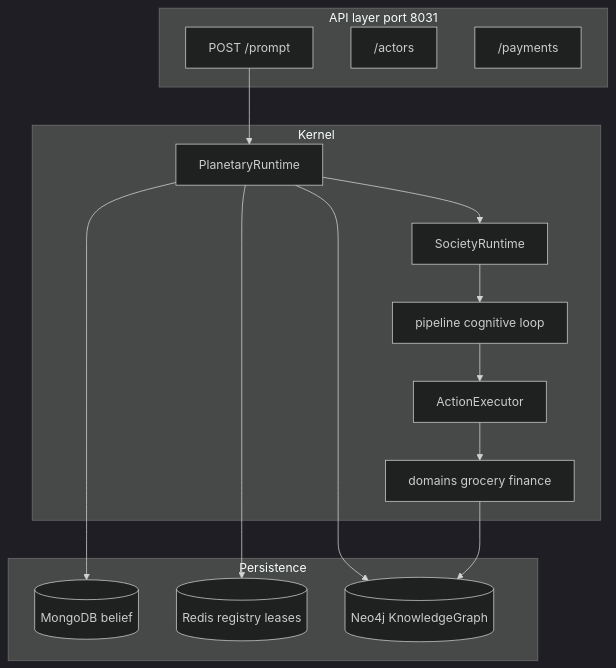
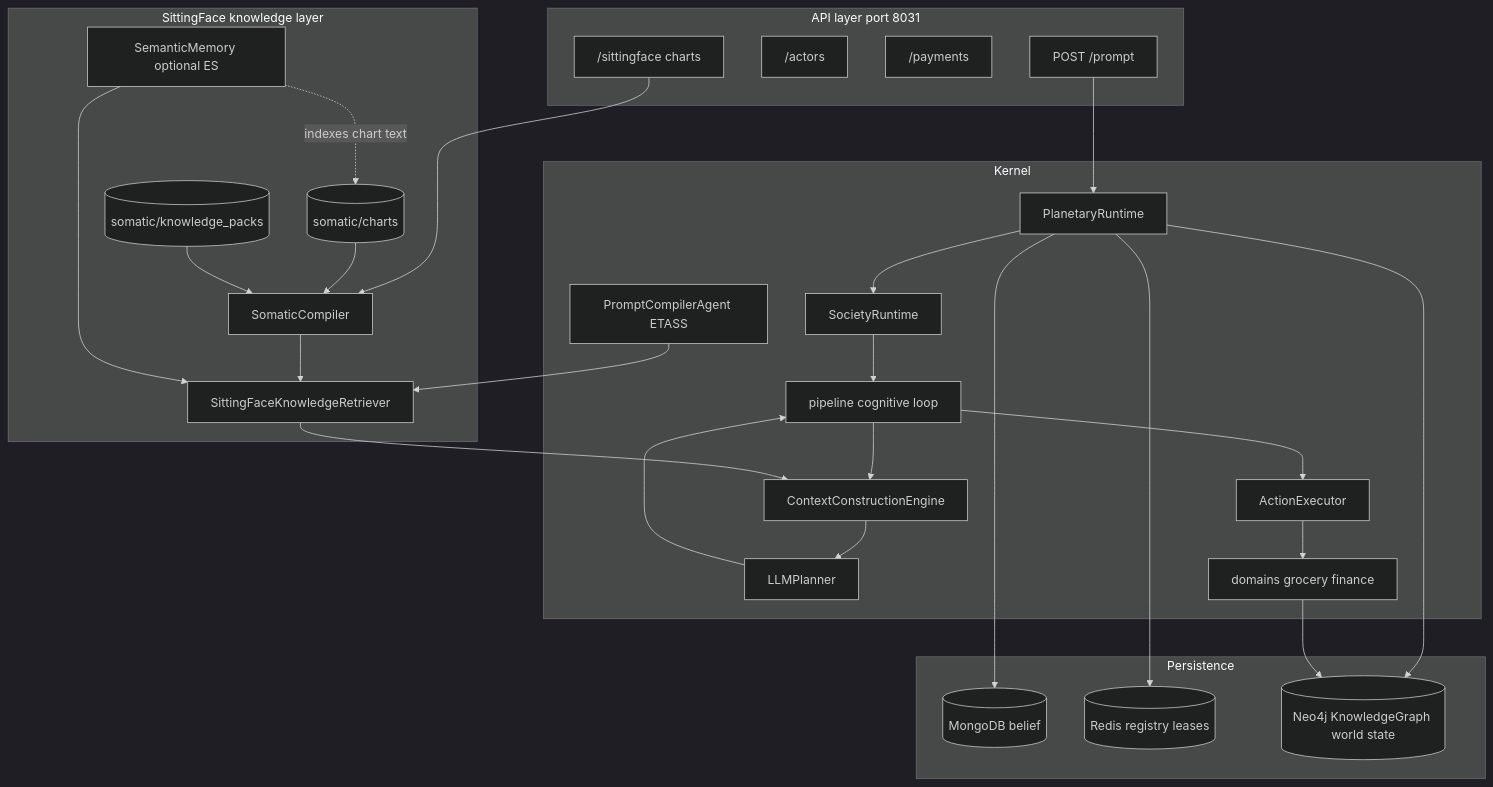
Before and after one commit to monkeypatched-stack/cogitive-os: the second of 25 diagrams in docs/DIAGRAMS.md, drawn with Mermaid (dark theme). The commit also changed other lines of this file, not shown here.

Commit message:
adding diagrams

````diff
--- a/docs/DIAGRAMS.md
+++ b/docs/DIAGRAMS.md
@@ -98,32 +110,55 @@
 ```mermaid
 flowchart TB
     subgraph apiLayer["API layer port 8031"]
         PROMPT["POST /prompt"]
         ACTORS["/actors"]
         PAY["/payments"]
+        SFAPI["/sittingface charts"]
+    end
+
+    subgraph sfLayer["SittingFace knowledge layer"]
+        SC["SomaticCompiler"]
+        RET["SittingFaceKnowledgeRetriever"]
+        CHARTS[("somatic/charts")]
+        KP[("somatic/knowledge_packs")]
+        SM["SemanticMemory optional ES"]
     end
 
     subgraph kernelLayer["Kernel"]
         PR["PlanetaryRuntime"]
         SR["SocietyRuntime"]
+        CCE["ContextConstructionEngine"]
         PIPE["pipeline cognitive loop"]
+        LLM["LLMPlanner"]
         EXEC["ActionExecutor"]
         CAP["domains grocery finance"]
+        PC["PromptCompilerAgent ETASS"]
     end
 
     subgraph persistLayer["Persistence"]
         MONGO[("MongoDB belief")]
         REDIS[("Redis registry leases")]
-        NEO[("Neo4j KnowledgeGraph")]
+        NEO[("Neo4j KnowledgeGraph world state")]
     end
 
     PROMPT --> PR
+    SFAPI --> SC
+    CHARTS --> SC
+    KP --> SC
+    SC --> RET
+    SM --> RET
     PR --> SR
     SR --> PIPE
+    PIPE --> CCE
+    RET --> CCE
+    CCE --> LLM
+    LLM --> PIPE
     PIPE --> EXEC
     EXEC --> CAP
+    PC --> RET
     PR --> MONGO
     PR --> REDIS
     PR --> NEO
     CAP --> NEO
+    SM -.->|indexes chart text| CHARTS
 ```
````
